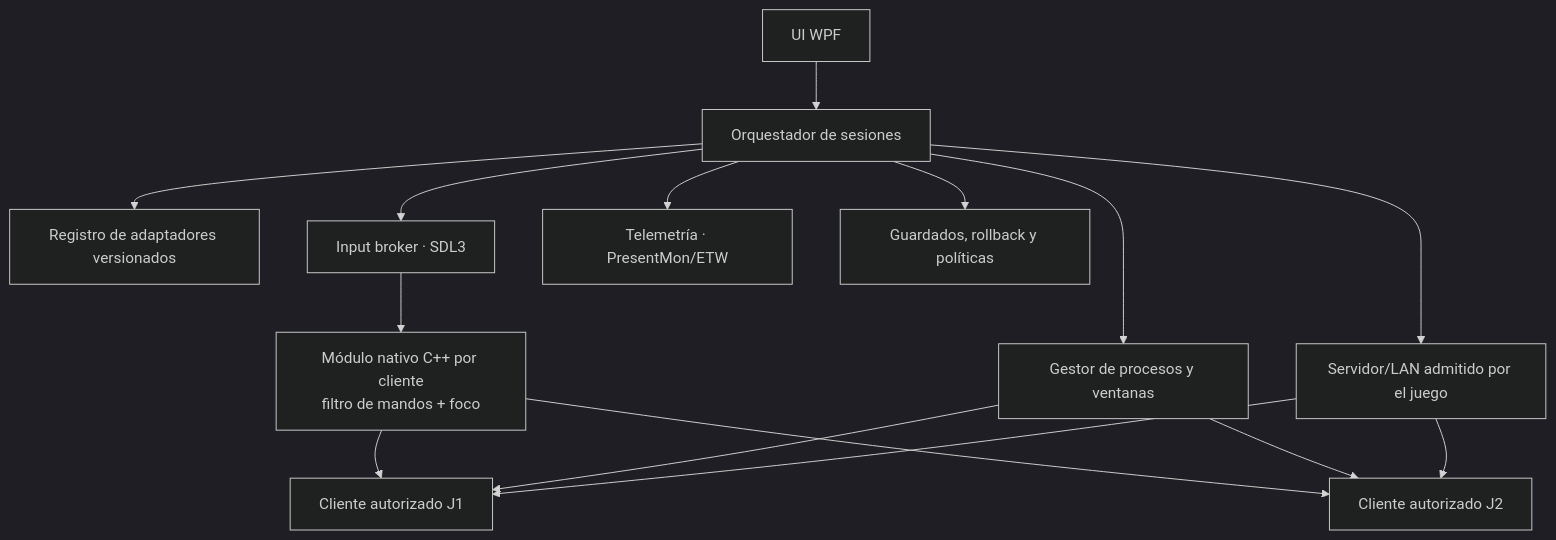
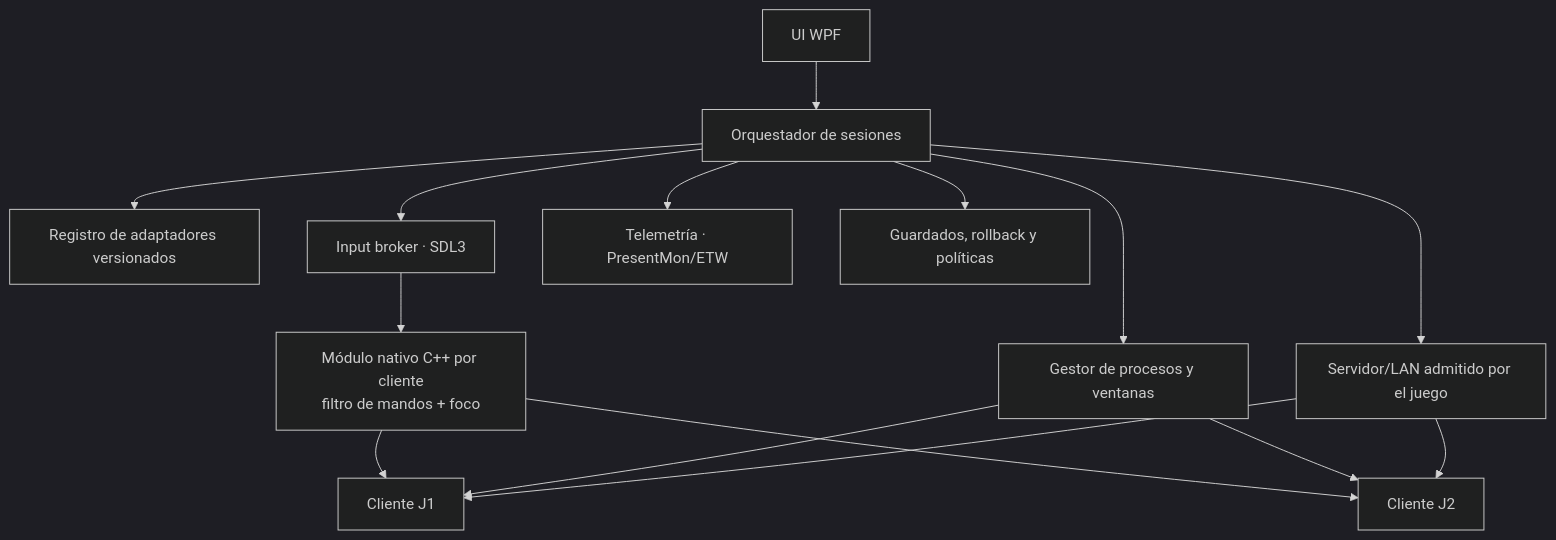
One commit to FaberGomezDev/SplitForge changed the second of 2 diagrams in docs/02-ARQUITECTURA.md. Above: the diagram before and after it, drawn with Mermaid (dark theme). The commit also changed other lines of this file and 23 other files, not shown here.

````diff
--- a/docs/02-ARQUITECTURA.md
+++ b/docs/02-ARQUITECTURA.md
@@ -53,17 +53,17 @@
 ```mermaid
 flowchart TB
     UI2[UI WPF] --> API[Orquestador de sesiones]
     API --> PROFILE[Registro de adaptadores versionados]
     API --> INPUT[Input broker · SDL3]
     INPUT --> NATIVE[Módulo nativo C++ por cliente\nfiltro de mandos + foco]
     API --> PROCESS[Gestor de procesos y ventanas]
     API --> NET[Servidor/LAN admitido por el juego]
     API --> PERF[Telemetría · PresentMon/ETW]
     API --> SAFETY[Guardados, rollback y políticas]
-    NATIVE --> A[Cliente autorizado J1]
-    NATIVE --> B[Cliente autorizado J2]
+    NATIVE --> A[Cliente J1]
+    NATIVE --> B[Cliente J2]
     PROCESS --> A
     PROCESS --> B
     NET --> A
     NET --> B
 ```
````
